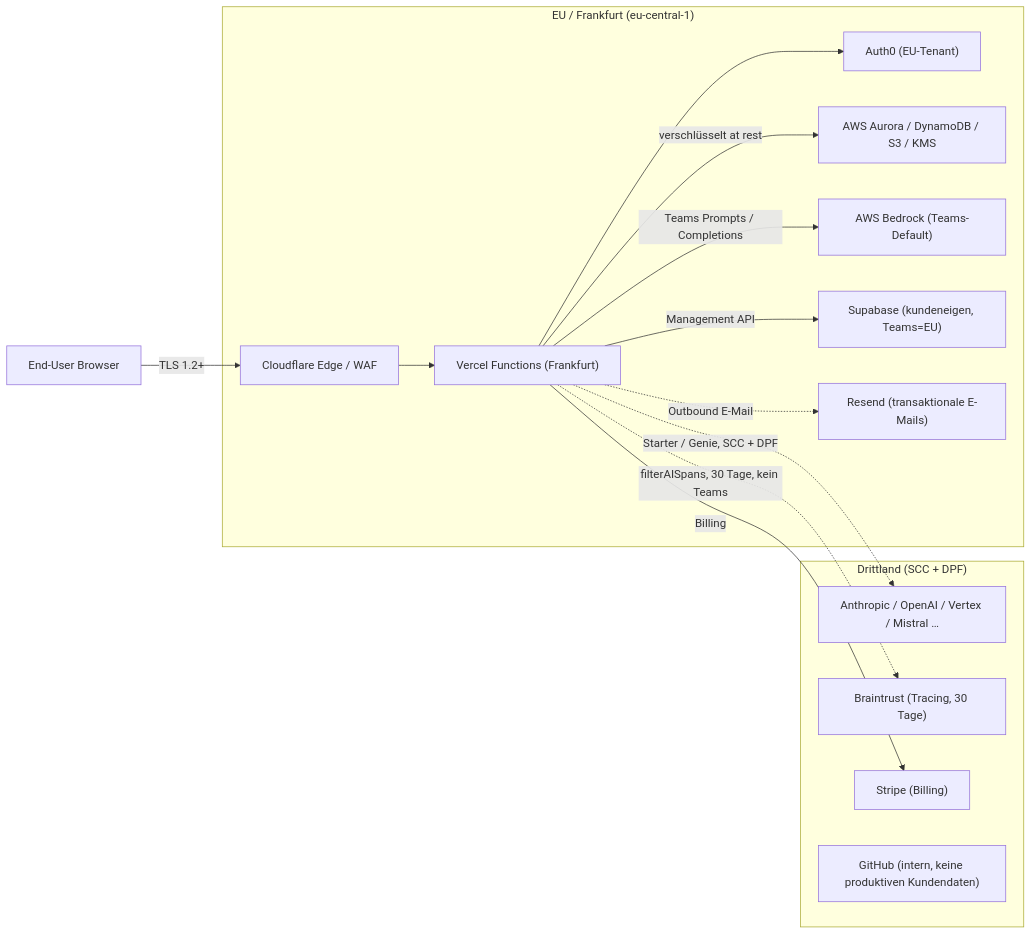
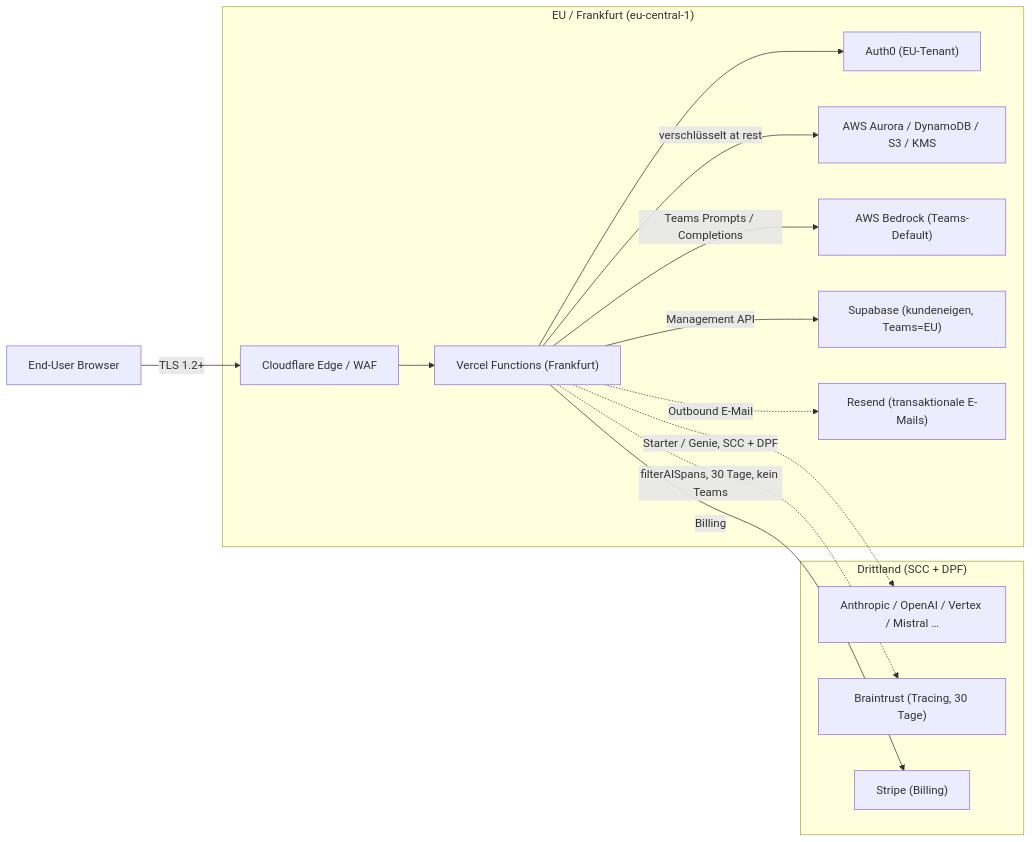
The diagram in de/compliance/kunden-compliance-paket.mdx (cr4yfish/docs), drawn with Mermaid before and after one commit. The commit also changed other lines of this file, not shown here.

Commit message:
de/compliance: GitHub entfernt — verarbeitet keine Nutzerdaten

````diff
--- a/de/compliance/kunden-compliance-paket.mdx
+++ b/de/compliance/kunden-compliance-paket.mdx
@@ -123,28 +123,27 @@
 ```mermaid
 graph LR
   Browser["End-User Browser"]
   subgraph EU["EU / Frankfurt (eu-central-1)"]
     Cloudflare["Cloudflare Edge / WAF"]
     Vercel["Vercel Functions (Frankfurt)"]
     Auth0EU["Auth0 (EU-Tenant)"]
     AWS["AWS Aurora / DynamoDB / S3 / KMS"]
     Bedrock["AWS Bedrock (Teams-Default)"]
     Supabase["Supabase (kundeneigen, Teams=EU)"]
     Resend["Resend (transaktionale E-Mails)"]
   end
   subgraph TF["Drittland (SCC + DPF)"]
     LLM["Anthropic / OpenAI / Vertex / Mistral …"]
     Braintrust["Braintrust (Tracing, 30 Tage)"]
     Stripe["Stripe (Billing)"]
-    GitHub["GitHub (intern, keine produktiven Kundendaten)"]
   end
   Browser -->|TLS 1.2+| Cloudflare --> Vercel
   Vercel --> Auth0EU
   Vercel -->|verschlüsselt at rest| AWS
   Vercel -->|Teams Prompts / Completions| Bedrock
   Vercel -.->|Starter / Genie, SCC + DPF| LLM
   Vercel -->|Management API| Supabase
   Vercel -.->|filterAISpans, 30 Tage, kein Teams| Braintrust
   Vercel -->|Billing| Stripe
   Vercel -.->|Outbound E-Mail| Resend
 ```
````
